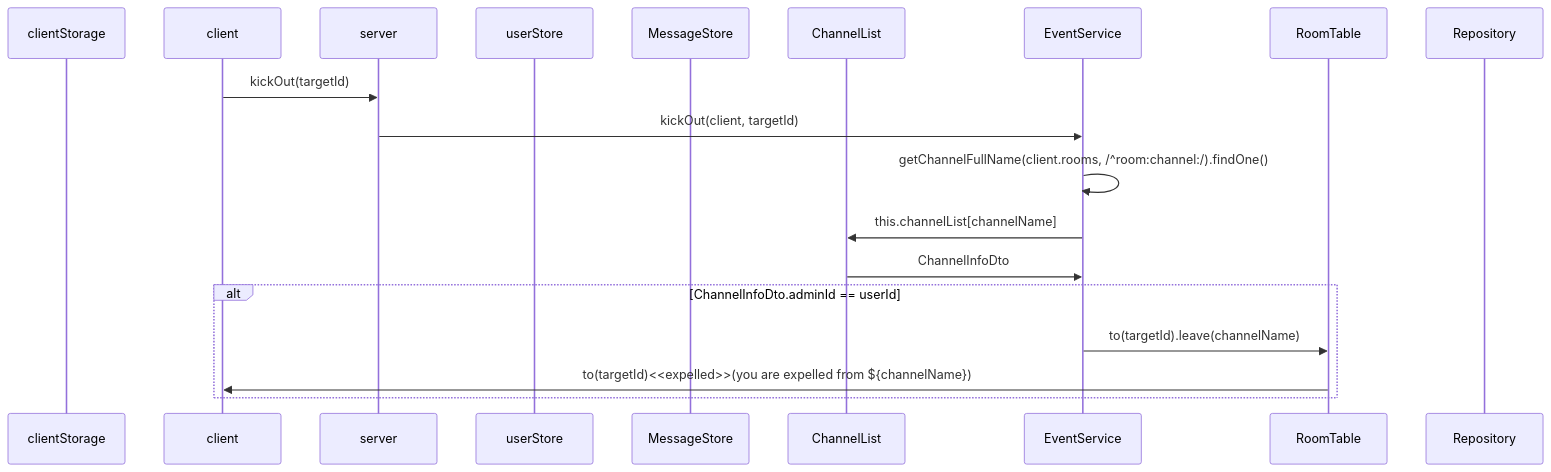
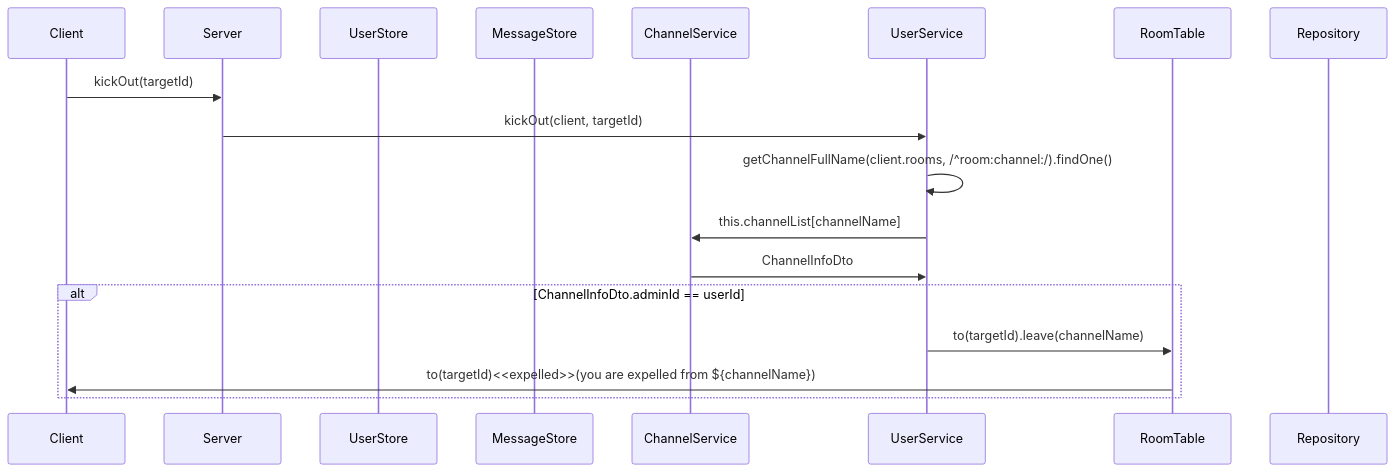
One commit to mtak0235/simmons_transcendence changed the tenth of 20 diagrams in backend/node/app/event.md. Above: the diagram before and after it, drawn with Mermaid. The commit also changed other lines of this file, not shown here.

Commit message:
refactor: 백엔드 소켓 시퀀스 다이어그램 순서 정리 & 요청 응답 값 구체화

````diff
--- a/backend/node/app/event.md
+++ b/backend/node/app/event.md
@@ -291,22 +397,21 @@
 ```mermaid
 sequenceDiagram
-participant cls as clientStorage
-participant c as client
-participant ga as server
-participant ss as userStore
+participant c as Client
+participant ga as Server
+participant ss as UserStore
 participant ms as MessageStore
-participant cns as ChannelList
-participant cs as EventService
+participant cns as ChannelService
+participant us as UserService
 participant rt as RoomTable
 participant r as Repository
 
 c->>ga: kickOut(targetId)
-ga->>cs: kickOut(client, targetId)
-cs->>cs: getChannelFullName(client.rooms, /^room:channel:/).findOne()
-cs->>cns: this.channelList[channelName]
-cns->>cs: ChannelInfoDto
+ga->>us: kickOut(client, targetId)
+us->>us: getChannelFullName(client.rooms, /^room:channel:/).findOne()
+us->>cns: this.channelList[channelName]
+cns->>us: ChannelInfoDto
 alt ChannelInfoDto.adminId == userId
-cs->>rt: to(targetId).leave(channelName)
+us->>rt: to(targetId).leave(channelName)
 rt->>c: to(targetId)<<expelled>>(you are expelled from ${channelName})
 end
 ```
````
